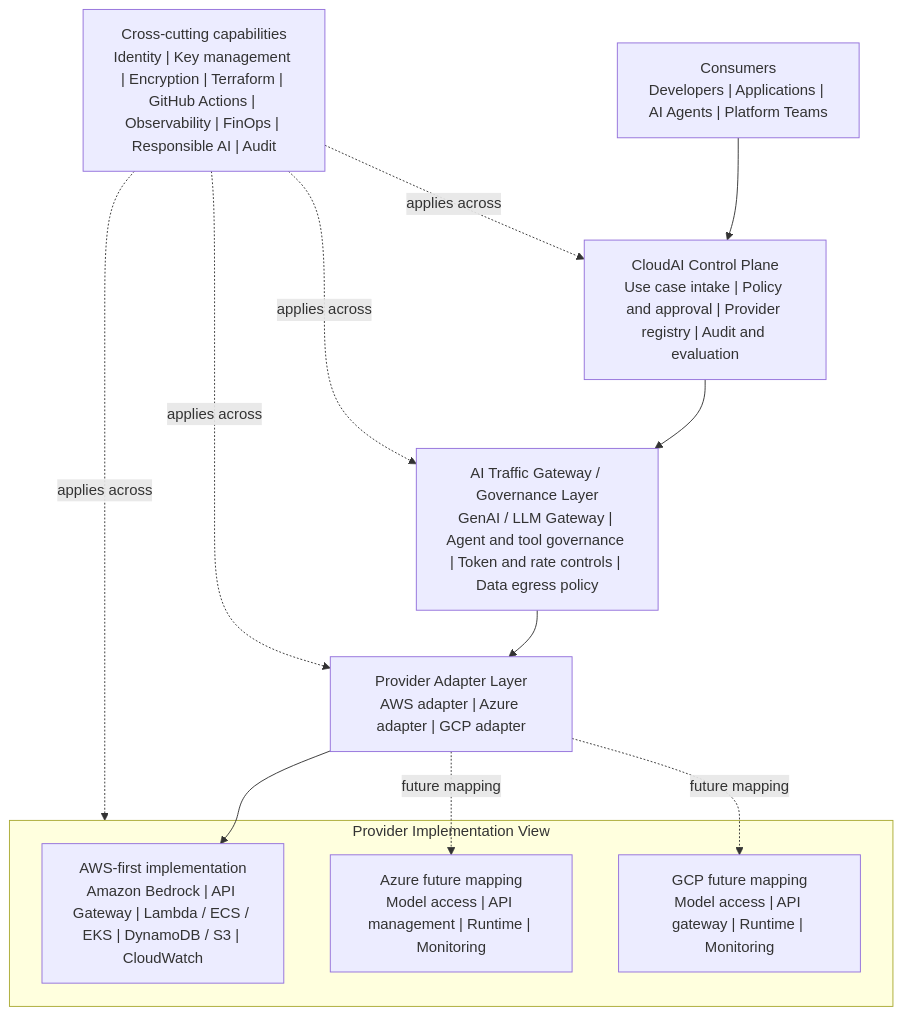
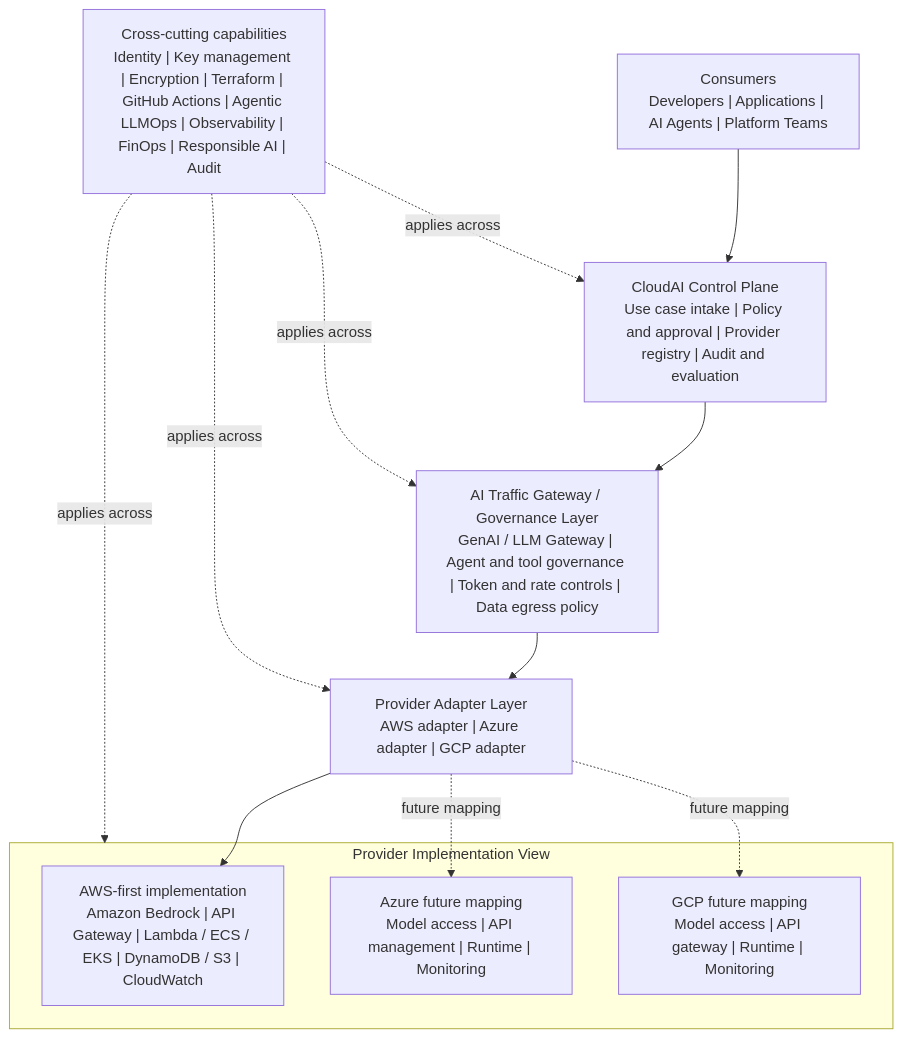
One commit to afaryy/cloudai-platform changed the third of 4 diagrams in docs/architecture.md. Above: the diagram before and after it, drawn with Mermaid. The commit also changed other lines of this file and 2 other files, not shown here.

Commit message:
docs(architecture): add governed AI factory model

````diff
--- a/docs/architecture.md
+++ b/docs/architecture.md
@@ -111,30 +118,30 @@
 ```mermaid
 flowchart TB
   consumers["Consumers<br/>Developers | Applications | AI Agents | Platform Teams"]
 
   control["CloudAI Control Plane<br/>Use case intake | Policy and approval | Provider registry | Audit and evaluation"]
 
   governance["AI Traffic Gateway / Governance Layer<br/>GenAI / LLM Gateway | Agent and tool governance | Token and rate controls | Data egress policy"]
 
   adapters["Provider Adapter Layer<br/>AWS adapter | Azure adapter | GCP adapter"]
 
   subgraph providers["Provider Implementation View"]
     aws["AWS-first implementation<br/>Amazon Bedrock | API Gateway | Lambda / ECS / EKS | DynamoDB / S3 | CloudWatch"]
     azure["Azure future mapping<br/>Model access | API management | Runtime | Monitoring"]
     gcp["GCP future mapping<br/>Model access | API gateway | Runtime | Monitoring"]
   end
 
-  cross["Cross-cutting capabilities<br/>Identity | Key management | Encryption | Terraform | GitHub Actions | Observability | FinOps | Responsible AI | Audit"]
+  cross["Cross-cutting capabilities<br/>Identity | Key management | Encryption | Terraform | GitHub Actions | Agentic LLMOps | Observability | FinOps | Responsible AI | Audit"]
 
   consumers --> control
   control --> governance
   governance --> adapters
   adapters --> aws
   adapters -. "future mapping" .-> azure
   adapters -. "future mapping" .-> gcp
 
   cross -. "applies across" .-> control
   cross -. "applies across" .-> governance
   cross -. "applies across" .-> adapters
   cross -. "applies across" .-> providers
 ```
````
